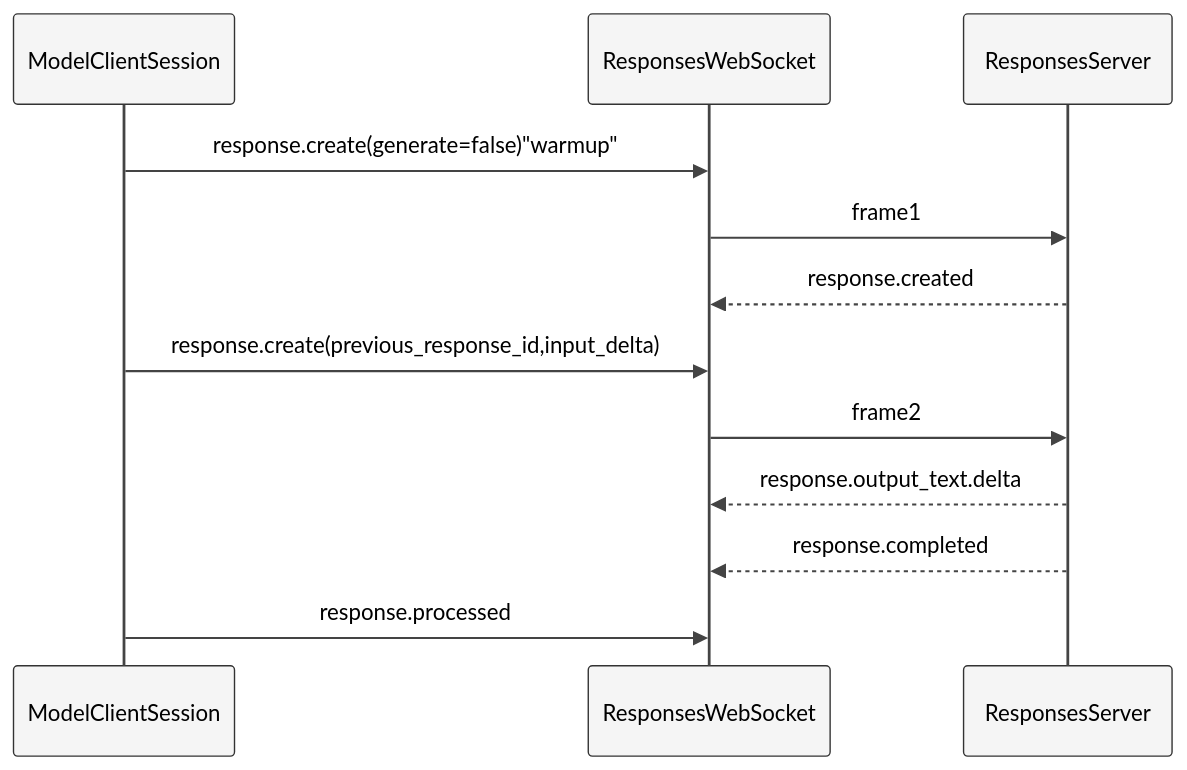
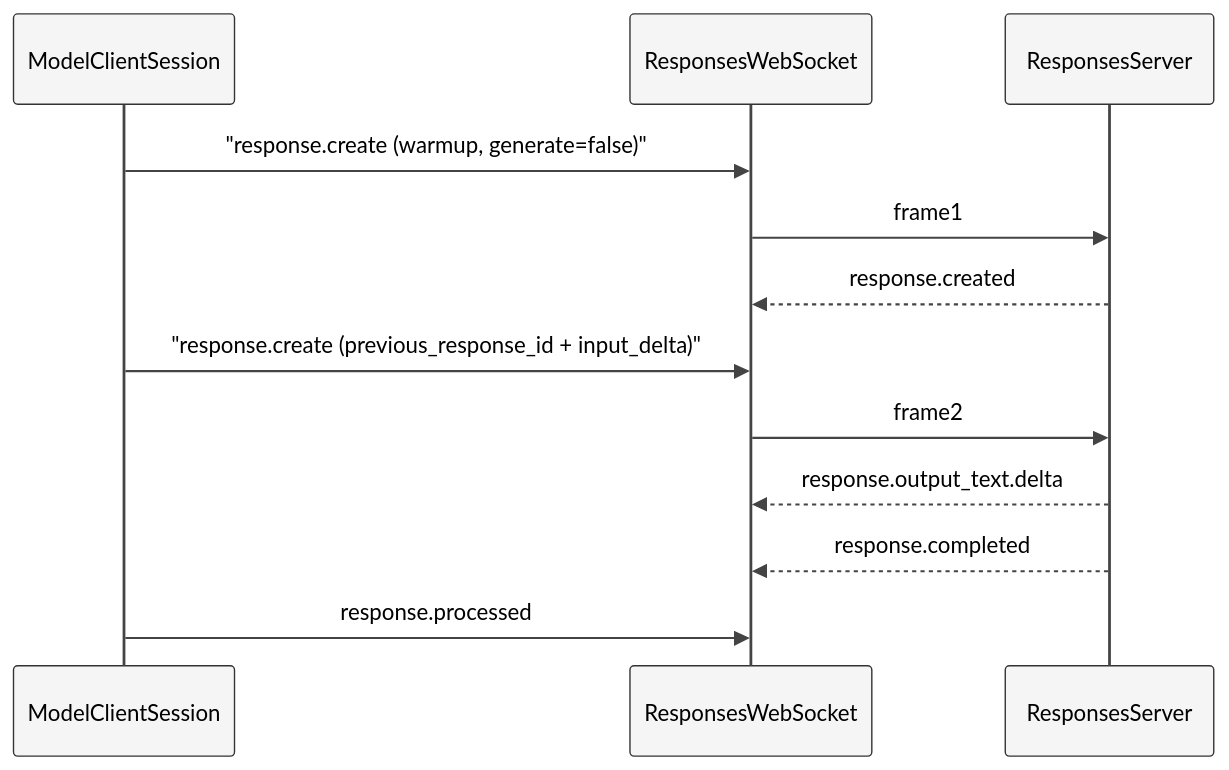
One commit to GLBB/codex-source-analysis changed the third of 6 diagrams in Part I Principles and Usage/08-Provider与API模式.md. Above: the diagram before and after it, drawn with Mermaid. The commit also changed other lines of this file and 12 other files, not shown here.

````diff
--- a/Part I Principles and Usage/08-Provider与API模式.md
+++ b/Part I Principles and Usage/08-Provider与API模式.md
@@ -408,15 +408,15 @@
 ```mermaid
 %%{init: {"theme":"neutral","themeCSS":"svg { background: #ffffff !important; } .label, .messageText, .loopText, .noteText, text { fill: #000000 !important; color: #000000 !important; }","themeVariables":{"background":"#ffffff","mainBkg":"#ffffff","primaryColor":"#f5f5f5","primaryTextColor":"#000000","primaryBorderColor":"#333333","lineColor":"#444444","textColor":"#000000","actorBkg":"#f5f5f5","actorBorder":"#333333","actorTextColor":"#000000","actorLineColor":"#444444","activationBkg":"#e8e8e8","activationBorderColor":"#333333","noteBkgColor":"#f0f0f0","noteBorderColor":"#888888","noteTextColor":"#000000","signalColor":"#444444","signalTextColor":"#000000","fontFamily":"Helvetica"}}}%%
 sequenceDiagram
     participant Sess as ModelClientSession
     participant Ws as ResponsesWebSocket
     participant Srv as ResponsesServer
-    Sess->>Ws: response.create(generate=false)"warmup"
+    Sess->>Ws: "response.create (warmup, generate=false)"
     Ws->>Srv: frame1
     Srv-->>Ws: response.created
-    Sess->>Ws: response.create(previous_response_id,input_delta)
+    Sess->>Ws: "response.create (previous_response_id + input_delta)"
     Ws->>Srv: frame2
     Srv-->>Ws: response.output_text.delta
     Srv-->>Ws: response.completed
     Sess->>Ws: response.processed
 ```
````
